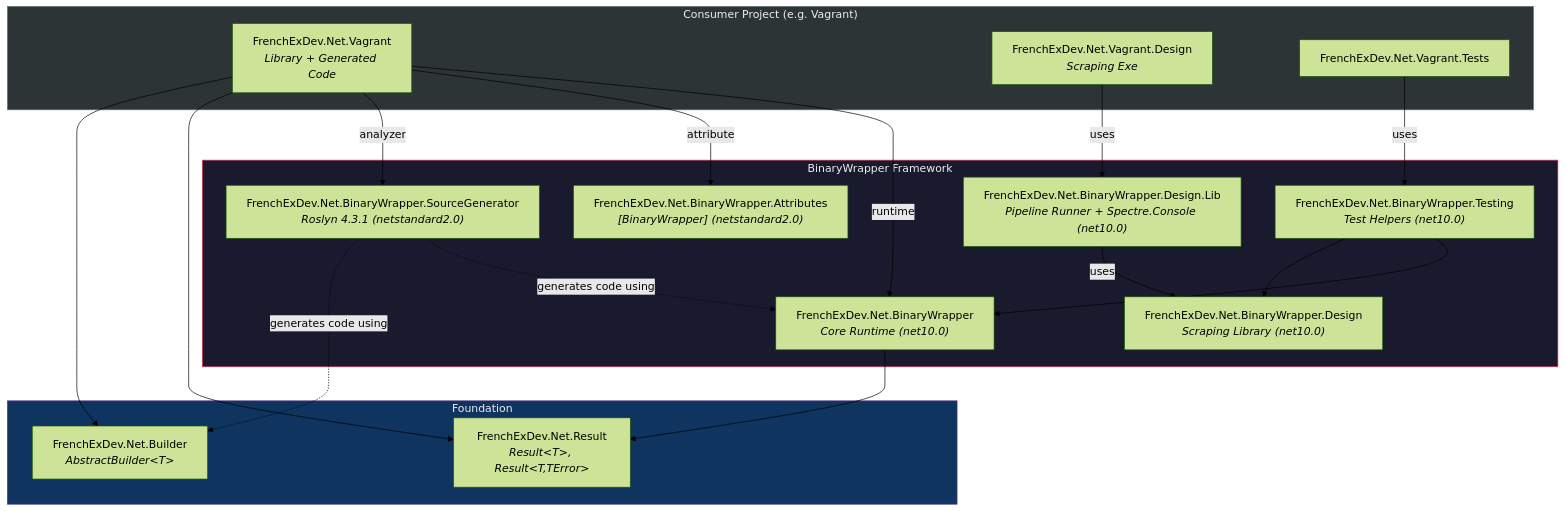
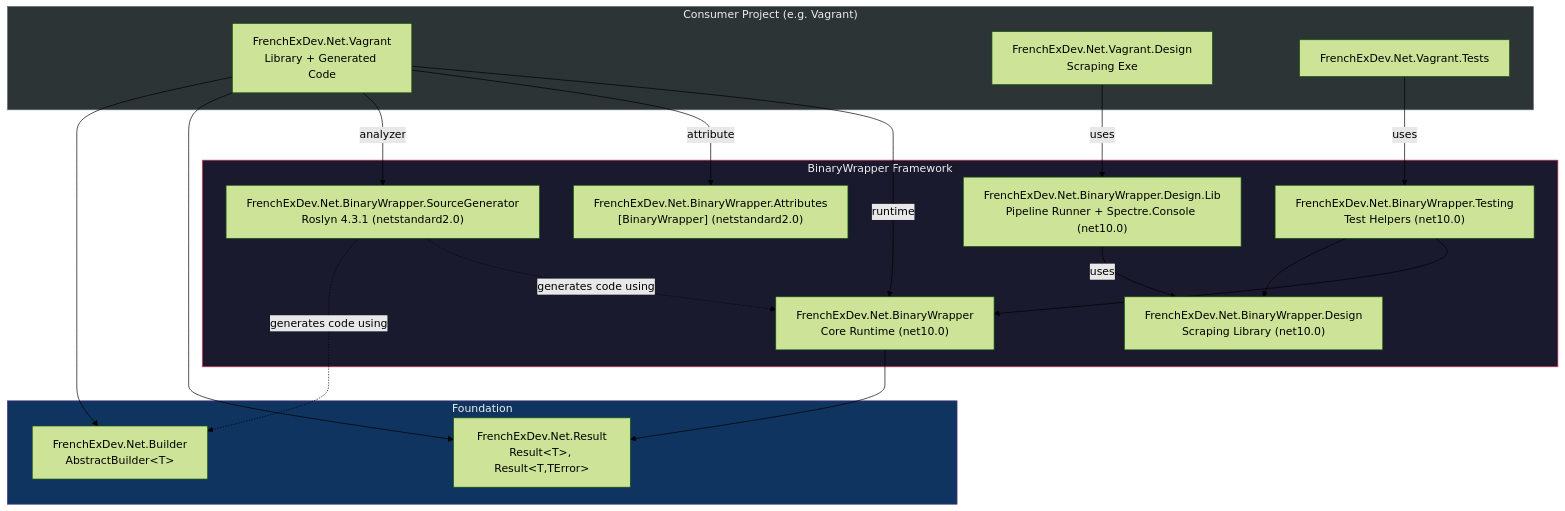
Before and after one commit to FrenchExDev/FrenchExDev: the second of 14 diagrams in Net/FrenchExDev/BinaryWrapper/doc/ARCHITECTURE.md, drawn with Mermaid (forest theme). The commit also changed other lines of this file and 2 other files, not shown here.

````diff
--- a/Net/FrenchExDev/BinaryWrapper/doc/ARCHITECTURE.md
+++ b/Net/FrenchExDev/BinaryWrapper/doc/ARCHITECTURE.md
@@ -89,41 +89,41 @@
 ```mermaid
 flowchart TD
     subgraph Consumer["Consumer Project (e.g. Vagrant)"]
-        LIB["FrenchExDev.Net.Vagrant<br><i>Library + Generated Code</i>"]
-        DESIGN["FrenchExDev.Net.Vagrant.Design<br><i>Scraping Exe</i>"]
+        LIB["FrenchExDev.Net.Vagrant<br>Library + Generated Code"]
+        DESIGN["FrenchExDev.Net.Vagrant.Design<br>Scraping Exe"]
         TESTS["FrenchExDev.Net.Vagrant.Tests"]
     end
 
     subgraph Framework["BinaryWrapper Framework"]
-        CORE["FrenchExDev.Net.BinaryWrapper<br><i>Core Runtime (net10.0)</i>"]
-        ATTR["FrenchExDev.Net.BinaryWrapper.Attributes<br><i>[BinaryWrapper] (netstandard2.0)</i>"]
-        SG["FrenchExDev.Net.BinaryWrapper.SourceGenerator<br><i>Roslyn 4.3.1 (netstandard2.0)</i>"]
-        DES["FrenchExDev.Net.BinaryWrapper.Design<br><i>Scraping Library (net10.0)</i>"]
-        DESLIB["FrenchExDev.Net.BinaryWrapper.Design.Lib<br><i>Pipeline Runner + Spectre.Console (net10.0)</i>"]
-        TEST["FrenchExDev.Net.BinaryWrapper.Testing<br><i>Test Helpers (net10.0)</i>"]
+        CORE["FrenchExDev.Net.BinaryWrapper<br>Core Runtime (net10.0)"]
+        ATTR["FrenchExDev.Net.BinaryWrapper.Attributes<br>[BinaryWrapper] (netstandard2.0)"]
+        SG["FrenchExDev.Net.BinaryWrapper.SourceGenerator<br>Roslyn 4.3.1 (netstandard2.0)"]
+        DES["FrenchExDev.Net.BinaryWrapper.Design<br>Scraping Library (net10.0)"]
+        DESLIB["FrenchExDev.Net.BinaryWrapper.Design.Lib<br>Pipeline Runner + Spectre.Console (net10.0)"]
+        TEST["FrenchExDev.Net.BinaryWrapper.Testing<br>Test Helpers (net10.0)"]
     end
 
     subgraph Foundation["Foundation"]
-        RES["FrenchExDev.Net.Result<br><i>Result#lt;T#gt;, Result#lt;T,TError#gt;</i>"]
-        BLD["FrenchExDev.Net.Builder<br><i>AbstractBuilder#lt;T#gt;</i>"]
+        RES["FrenchExDev.Net.Result<br>Result#lt;T#gt;, Result#lt;T,TError#gt;"]
+        BLD["FrenchExDev.Net.Builder<br>AbstractBuilder#lt;T#gt;"]
     end
 
     LIB -->|"runtime"| CORE
     LIB -->|"attribute"| ATTR
     LIB -->|"analyzer"| SG
     LIB --> RES
     LIB --> BLD
     DESIGN -->|"uses"| DESLIB
     DESLIB -->|"uses"| DES
     TESTS -->|"uses"| TEST
 
     CORE --> RES
     SG -.->|"generates code using"| CORE
     SG -.->|"generates code using"| BLD
     TEST --> CORE
     TEST --> DES
 
     style Consumer fill:#2d3436,stroke:#636e72,color:#eee
     style Framework fill:#1a1a2e,stroke:#e94560,color:#eee
     style Foundation fill:#0f3460,stroke:#533483,color:#eee
 ```
````
